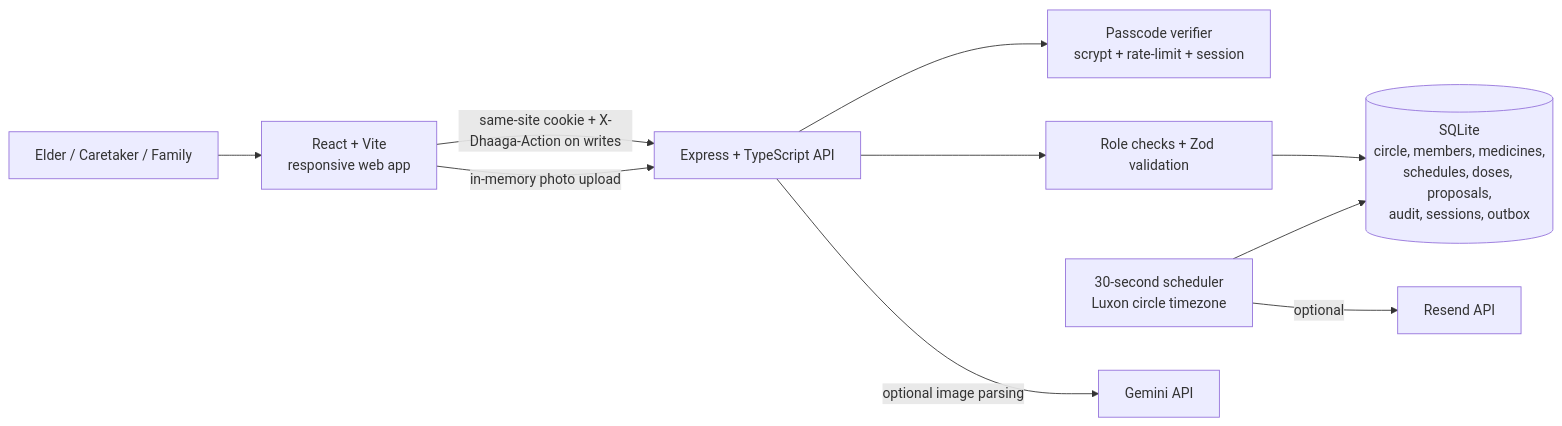
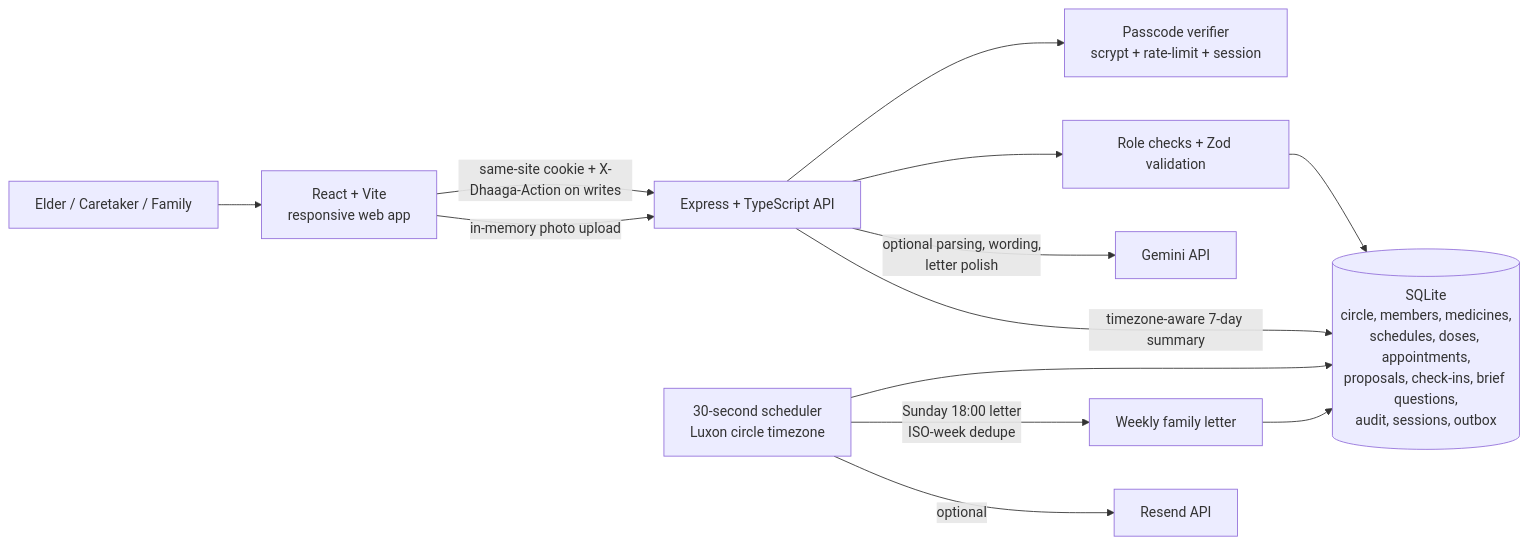
The diagram in ARCHITECTURE.md (rajputpranav611-byte/dhaaga), drawn with Mermaid before and after one commit. The commit also changed other lines of this file and 20 other files, not shown here.

````diff
--- a/ARCHITECTURE.md
+++ b/ARCHITECTURE.md
@@ -3,12 +3,15 @@
 ```mermaid
 flowchart LR
   person["Elder / Caretaker / Family"] --> browser["React + Vite\nresponsive web app"]
   browser -->|"same-site cookie + X-Dhaaga-Action on writes"| api["Express + TypeScript API"]
   api --> auth["Passcode verifier\nscrypt + rate-limit + session"]
   api --> roles["Role checks + Zod validation"]
-  roles --> sqlite[("SQLite\ncircle, members, medicines,\nschedules, doses, proposals,\naudit, sessions, outbox")]
+  roles --> sqlite[("SQLite\ncircle, members, medicines,\nschedules, doses, appointments,\nproposals, check-ins, brief questions,\naudit, sessions, outbox")]
   scheduler["30-second scheduler\nLuxon circle timezone"] --> sqlite
+  scheduler -->|"Sunday 18:00 letter\nISO-week dedupe"| letters["Weekly family letter"]
+  letters --> sqlite
   scheduler -->|optional| resend["Resend API"]
   browser -->|in-memory photo upload| api
-  api -->|optional image parsing| gemini["Gemini API"]
+  api -->|"optional parsing, wording,\nletter polish"| gemini["Gemini API"]
+  api -->|"timezone-aware 7-day summary"| sqlite
 ```
````
